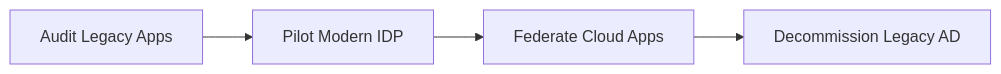
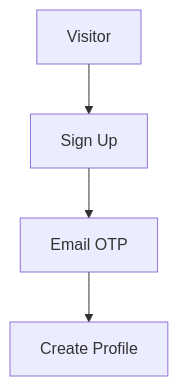
Diagram 11 of 30 in README.md (Devopstrio/identity-landingzone), drawn with Mermaid before and after one commit. The commit also changed other lines of this file, not shown here.

Commit message:
docs: expand README with 30+ architectural diagrams

````diff
--- a/README.md
+++ b/README.md
@@ -190,6 +102,6 @@
 ```mermaid
-graph LR
-    Stage1[Audit Legacy Apps] --> Stage2[Pilot Modern IDP]
-    Stage2 --> Stage3[Federate Cloud Apps]
-    Stage3 --> Stage4[Decommission Legacy AD]
+graph TD
+    Visit[Visitor] --> Sign[Sign Up]
+    Sign --> Verify[Email OTP]
+    Verify --> Profile[Create Profile]
 ```
````
